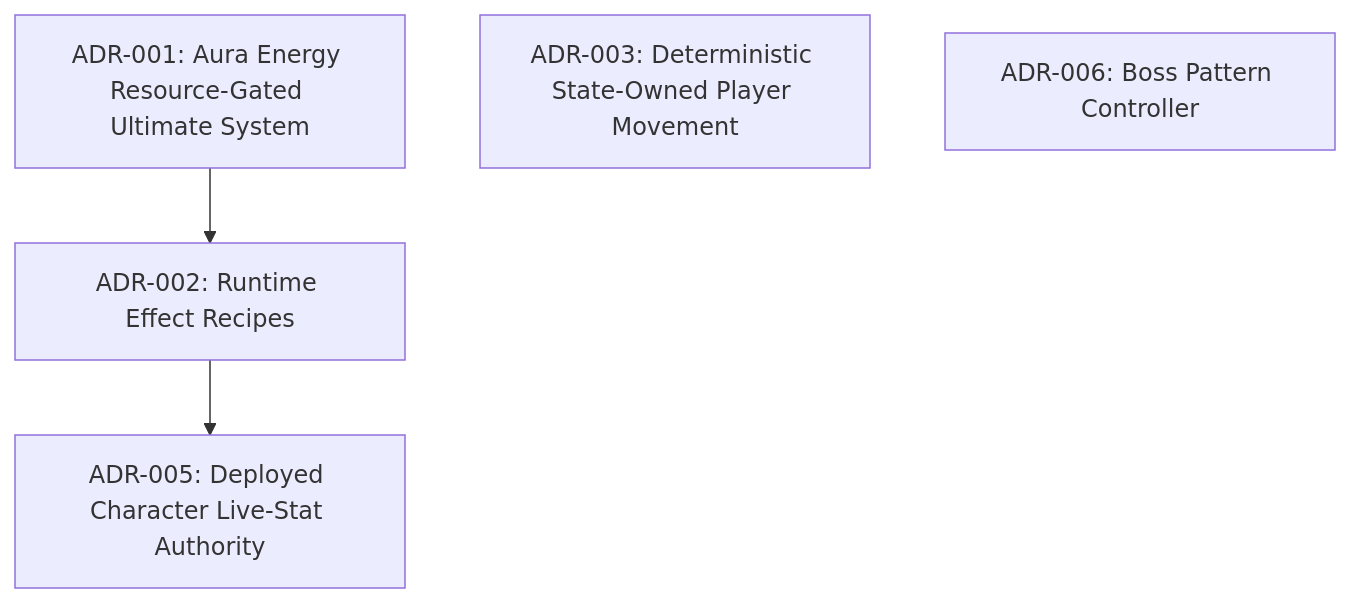
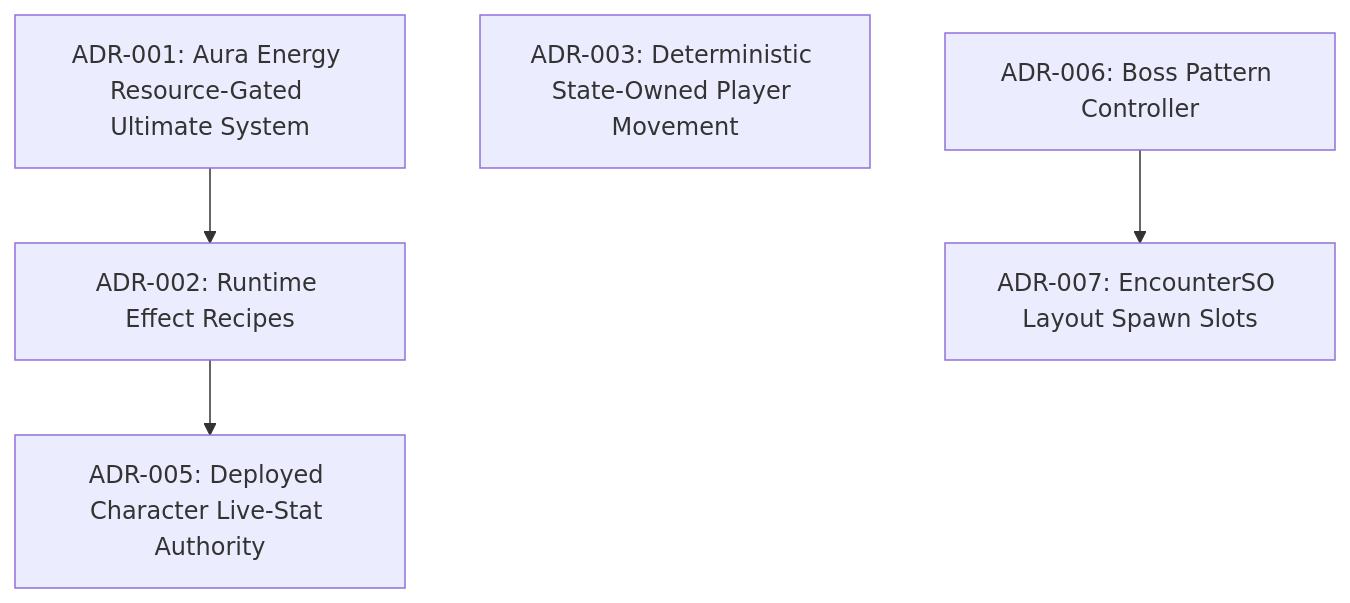
One commit to NattaponKhuenkeaw/Thesis_ changed the diagram in Docs_JJK/3_Outputs/ADRs/README.md. Above: the diagram before and after it, drawn with Mermaid. The commit also changed other lines of this file and 82 other files, not shown here.

First line of the commit message:
feat(rooms): add EncounterSO spawns, boss death flow, and trash combat feel

````diff
--- a/Docs_JJK/3_Outputs/ADRs/README.md
+++ b/Docs_JJK/3_Outputs/ADRs/README.md
@@ -7,10 +7,12 @@
 ```mermaid
 graph TD
     ADR001["ADR-001: Aura Energy Resource-Gated Ultimate System"]
     ADR002["ADR-002: Runtime Effect Recipes"]
     ADR003["ADR-003: Deterministic State-Owned Player Movement"]
     ADR005["ADR-005: Deployed Character Live-Stat Authority"]
     ADR006["ADR-006: Boss Pattern Controller"]
+    ADR007["ADR-007: EncounterSO Layout Spawn Slots"]
     ADR001 --> ADR002
     ADR002 --> ADR005
+    ADR006 --> ADR007
 ```
````
